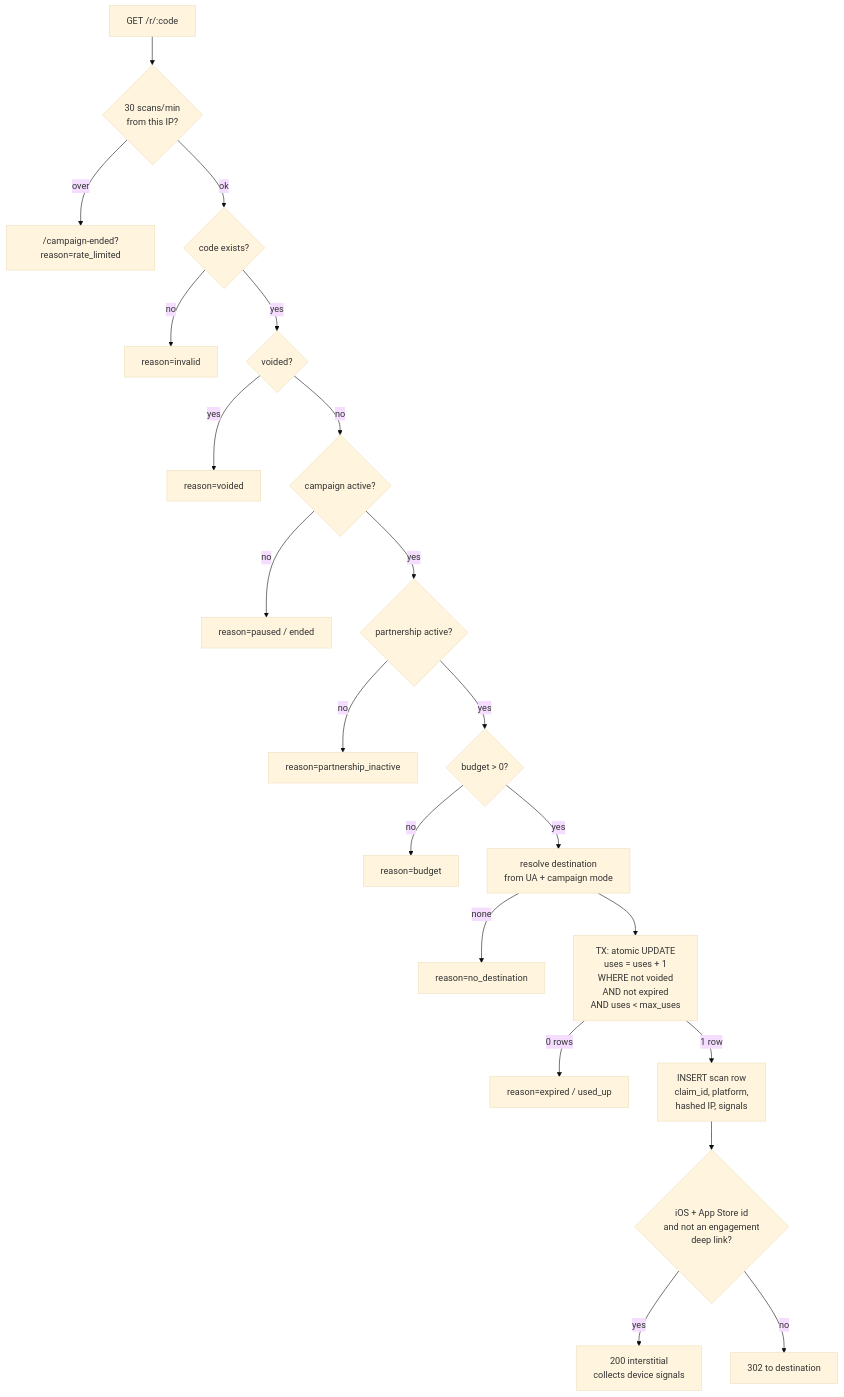
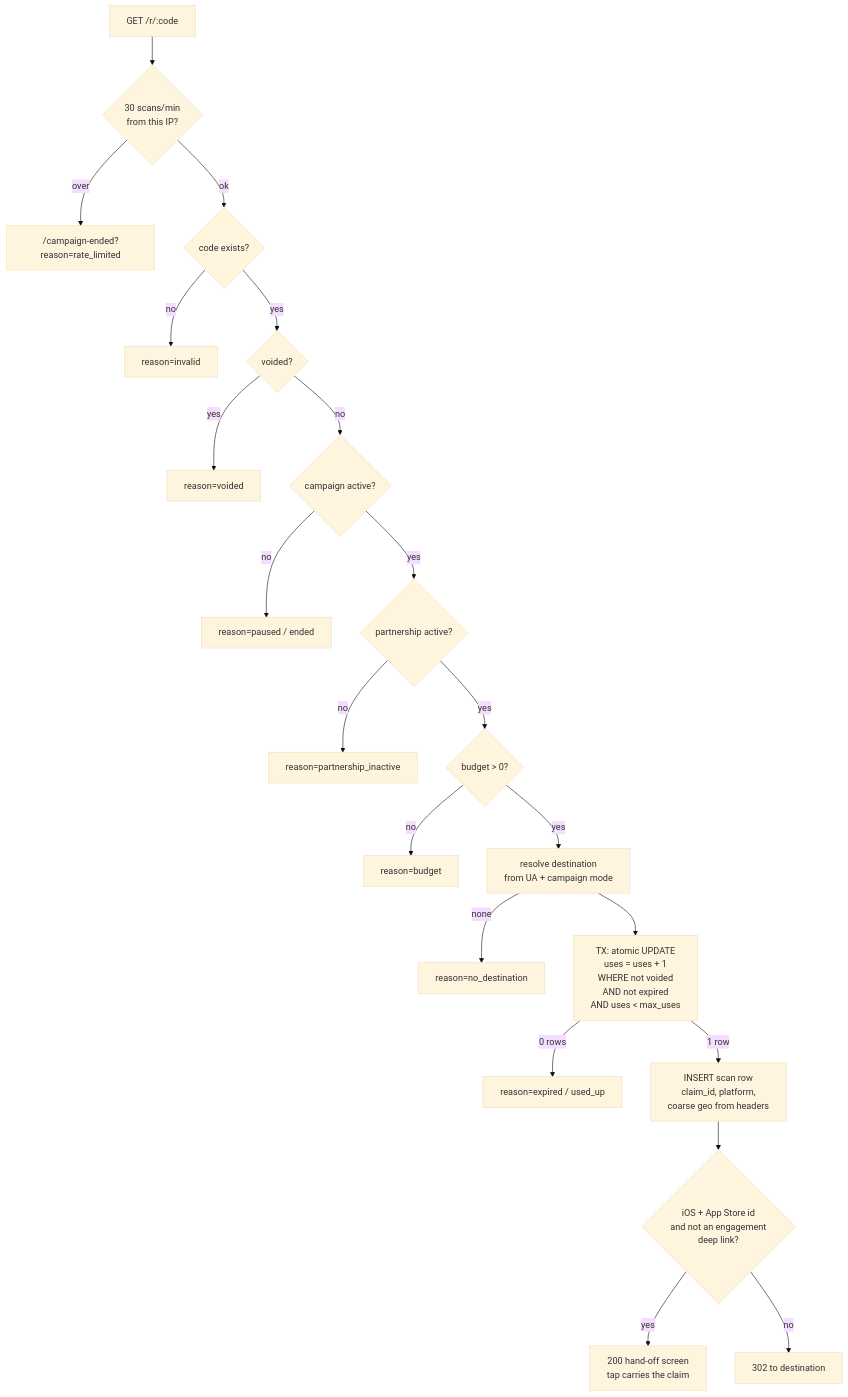
The ninth of 25 diagrams in SYSTEM_DESIGN.md (danumai/attribution-platform), drawn with Mermaid (base theme) before and after one commit. The commit also changed other lines of this file and 33 other files, not shown here.

````diff
--- a/SYSTEM_DESIGN.md
+++ b/SYSTEM_DESIGN.md
@@ -374,23 +374,23 @@
 ```mermaid
 flowchart TD
     S["GET /r/:code"] --> RL{"30 scans/min<br/>from this IP?"}
     RL -->|over| X1["/campaign-ended?reason=rate_limited"]
     RL -->|ok| EX{code exists?}
     EX -->|no| X2[reason=invalid]
     EX -->|yes| V{voided?}
     V -->|yes| X3[reason=voided]
     V -->|no| CS{campaign active?}
     CS -->|no| X4["reason=paused / ended"]
     CS -->|yes| PS{partnership active?}
     PS -->|no| X5[reason=partnership_inactive]
     PS -->|yes| BD{"budget > 0?"}
     BD -->|no| X6[reason=budget]
     BD -->|yes| D["resolve destination<br/>from UA + campaign mode"]
     D -->|none| X7[reason=no_destination]
     D --> CLAIM["TX: atomic UPDATE<br/>uses = uses + 1<br/>WHERE not voided<br/>AND not expired<br/>AND uses &lt; max_uses"]
     CLAIM -->|0 rows| X8["reason=expired / used_up"]
-    CLAIM -->|1 row| SC["INSERT scan row<br/>claim_id, platform,<br/>hashed IP, signals"]
+    CLAIM -->|1 row| SC["INSERT scan row<br/>claim_id, platform,<br/>coarse geo from headers"]
     SC --> IOS{"iOS + App Store id<br/>and not an engagement<br/>deep link?"}
-    IOS -->|yes| INT["200 interstitial<br/>collects device signals"]
+    IOS -->|yes| INT["200 hand-off screen<br/>tap carries the claim"]
     IOS -->|no| RED["302 to destination"]
 ```
````
